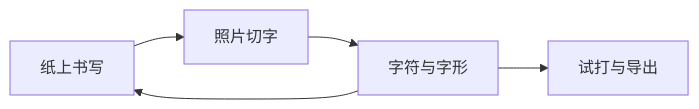
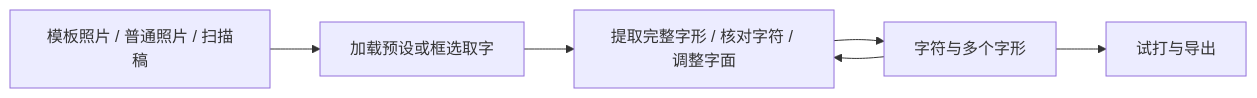
Before and after one commit to Upper-Hank/my-font: the diagram in docs/direction.md, drawn with Mermaid. The commit also changed other lines of this file and 23 other files, not shown here.

````diff
--- a/docs/direction.md
+++ b/docs/direction.md
@@ -17,7 +17,8 @@
 ```mermaid
 flowchart LR
-  paper[纸上书写] --> photo[照片切字]
-  photo --> library[字符与字形]
+  sources[模板照片 / 普通照片 / 扫描稿] --> regions[加载预设或框选取字]
+  regions --> convert[提取完整字形 / 核对字符 / 调整字面]
+  convert --> library[字符与多个字形]
   library --> specimen[试打与导出]
-  library --> paper
+  library --> convert
 ```
````
